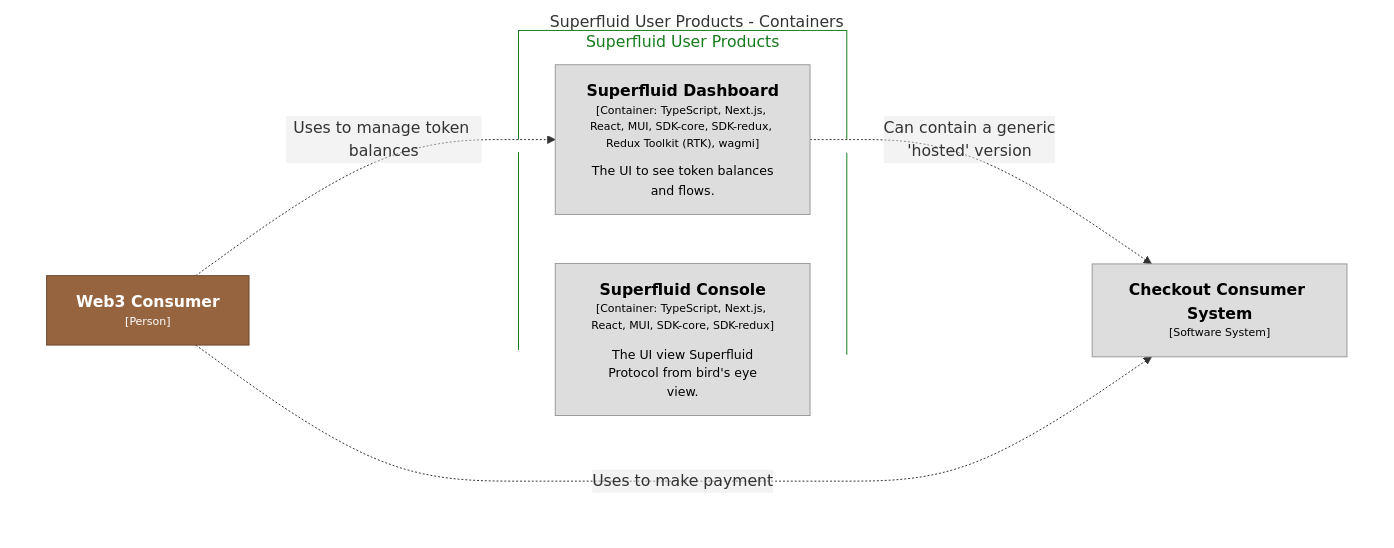
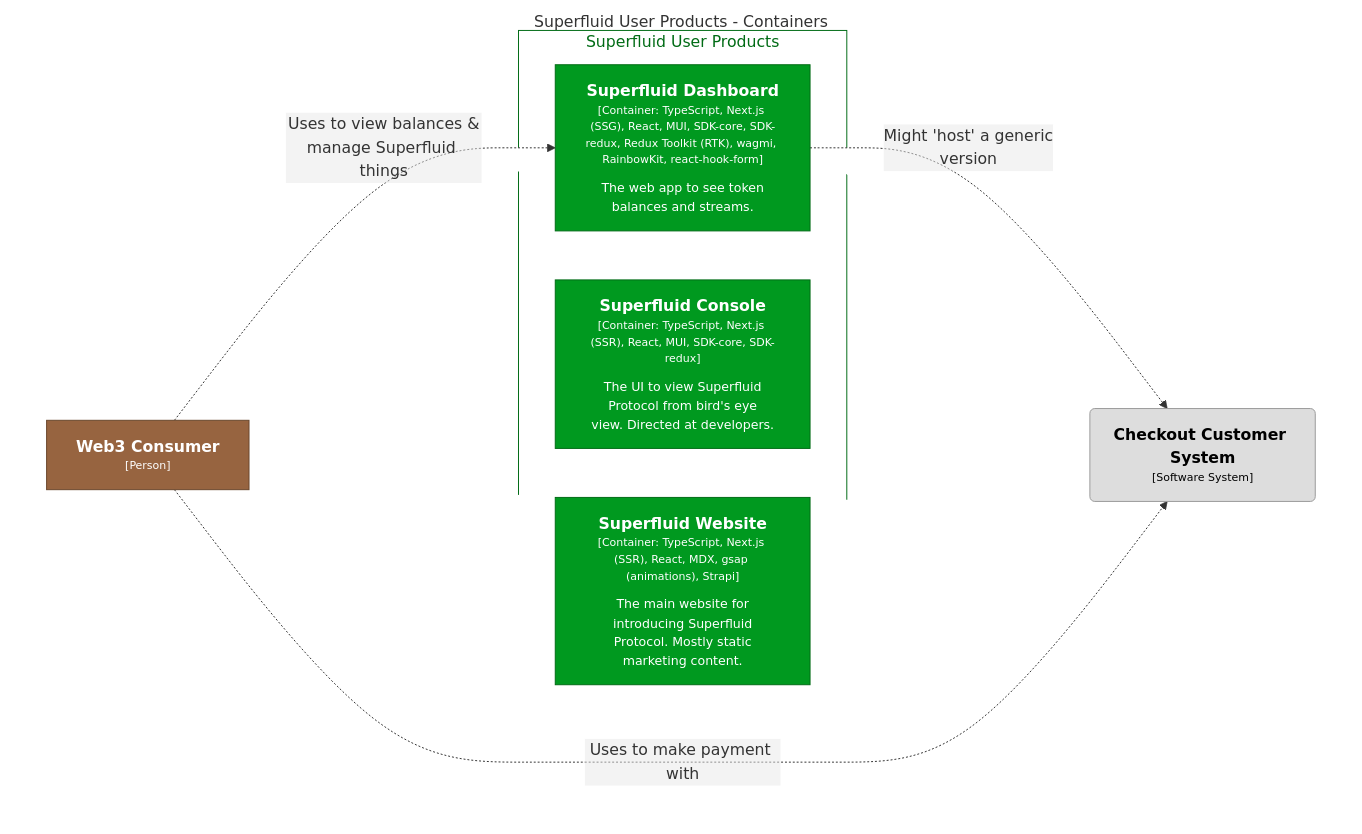
One commit to superfluid-finance/widget changed the diagram in architecture/diagrams/structurizr-SuperfluidUserProducts.mmd. Above: the diagram before and after it, drawn with Mermaid. The commit also changed 7 other files, not shown here.

Commit message:
update diagrams

```diff
--- a/architecture/diagrams/structurizr-SuperfluidUserProducts.mmd
+++ b/architecture/diagrams/structurizr-SuperfluidUserProducts.mmd
@@ -1,24 +1,26 @@
 graph TB
   linkStyle default fill:#ffffff
 
   subgraph diagram [Superfluid User Products - Containers]
     style diagram fill:#ffffff,stroke:#ffffff
 
-    44["<div style='font-weight: bold'>Web3 Consumer</div><div style='font-size: 70%; margin-top: 0px'>[Person]</div>"]
-    style 44 fill:#976440,stroke:#69462c,color:#ffffff
-    1["<div style='font-weight: bold'>Checkout Consumer System</div><div style='font-size: 70%; margin-top: 0px'>[Software System]</div>"]
+    1("<div style='font-weight: bold'>Checkout Customer System</div><div style='font-size: 70%; margin-top: 0px'>[Software System]</div>")
     style 1 fill:#dddddd,stroke:#9a9a9a,color:#000000
+    57["<div style='font-weight: bold'>Web3 Consumer</div><div style='font-size: 70%; margin-top: 0px'>[Person]</div>"]
+    style 57 fill:#976440,stroke:#69462c,color:#ffffff
 
-    subgraph 31 [Superfluid User Products]
-      style 31 fill:#ffffff,stroke:#147c1b,color:#147c1b
+    subgraph 35 [Superfluid User Products]
+      style 35 fill:#ffffff,stroke:#006b15,color:#006b15
 
-      32["<div style='font-weight: bold'>Superfluid Dashboard</div><div style='font-size: 70%; margin-top: 0px'>[Container: TypeScript, Next.js, React, MUI, SDK-core, SDK-redux, Redux Toolkit (RTK), wagmi]</div><div style='font-size: 80%; margin-top:10px'>The UI to see token balances<br />and flows.</div>"]
-      style 32 fill:#dddddd,stroke:#9a9a9a,color:#000000
-      37["<div style='font-weight: bold'>Superfluid Console</div><div style='font-size: 70%; margin-top: 0px'>[Container: TypeScript, Next.js, React, MUI, SDK-core, SDK-redux]</div><div style='font-size: 80%; margin-top:10px'>The UI view Superfluid<br />Protocol from bird's eye<br />view.</div>"]
-      style 37 fill:#dddddd,stroke:#9a9a9a,color:#000000
+      36["<div style='font-weight: bold'>Superfluid Dashboard</div><div style='font-size: 70%; margin-top: 0px'>[Container: TypeScript, Next.js (SSG), React, MUI, SDK-core, SDK-redux, Redux Toolkit (RTK), wagmi, RainbowKit, react-hook-form]</div><div style='font-size: 80%; margin-top:10px'>The web app to see token<br />balances and streams.</div>"]
+      style 36 fill:#00991f,stroke:#006b15,color:#ffffff
+      47["<div style='font-weight: bold'>Superfluid Console</div><div style='font-size: 70%; margin-top: 0px'>[Container: TypeScript, Next.js (SSR), React, MUI, SDK-core, SDK-redux]</div><div style='font-size: 80%; margin-top:10px'>The UI to view Superfluid<br />Protocol from bird's eye<br />view. Directed at developers.</div>"]
+      style 47 fill:#00991f,stroke:#006b15,color:#ffffff
+      48["<div style='font-weight: bold'>Superfluid Website</div><div style='font-size: 70%; margin-top: 0px'>[Container: TypeScript, Next.js (SSR), React, MDX, gsap (animations), Strapi]</div><div style='font-size: 80%; margin-top:10px'>The main website for<br />introducing Superfluid<br />Protocol. Mostly static<br />marketing content.</div>"]
+      style 48 fill:#00991f,stroke:#006b15,color:#ffffff
     end
 
-    32-. "<div>Can contain a generic<br />'hosted' version</div><div style='font-size: 70%'></div>" .->1
-    44-. "<div>Uses to manage token balances</div><div style='font-size: 70%'></div>" .->32
-    44-. "<div>Uses to make payment</div><div style='font-size: 70%'></div>" .->1
+    36-. "<div>Might 'host' a generic<br />version</div><div style='font-size: 70%'></div>" .->1
+    57-. "<div>Uses to view balances &<br />manage Superfluid things</div><div style='font-size: 70%'></div>" .->36
+    57-. "<div>Uses to make payment with</div><div style='font-size: 70%'></div>" .->1
   end
```
